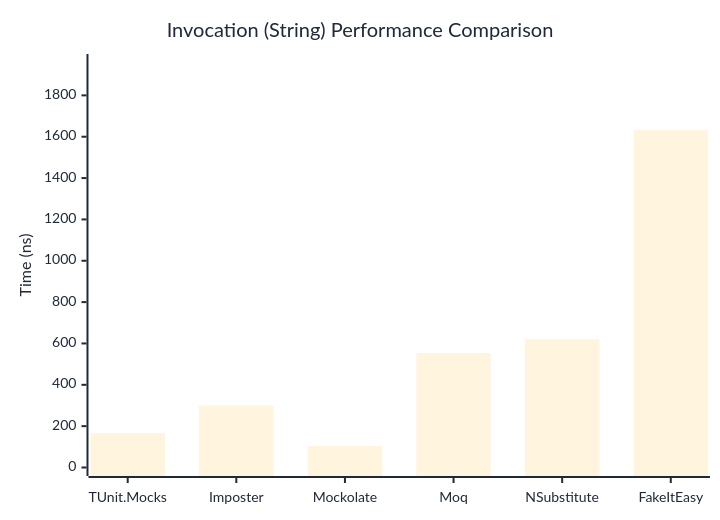
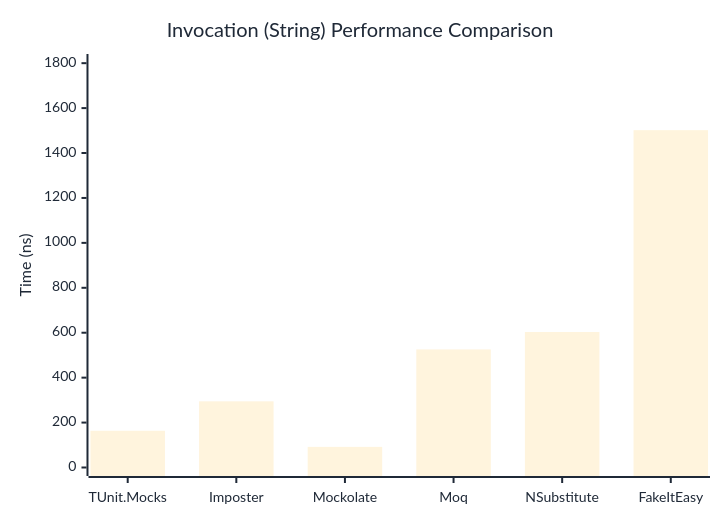
Before and after one commit to thomhurst/TUnit: the second of 3 diagrams in docs/docs/benchmarks/mocks/Invocation.md, drawn with Mermaid. The commit also changed other lines of this file and 14 other files, not shown here.

````diff
--- a/docs/docs/benchmarks/mocks/Invocation.md
+++ b/docs/docs/benchmarks/mocks/Invocation.md
@@ -71,27 +71,27 @@
 ```mermaid
 %%{init: {
   'theme':'base',
   'themeVariables': {
     'primaryColor': '#2563eb',
     'primaryTextColor': '#1f2937',
     'primaryBorderColor': '#1e40af',
     'lineColor': '#6b7280',
     'secondaryColor': '#7c3aed',
     'tertiaryColor': '#dc2626',
     'background': '#ffffff',
     'pie1': '#2563eb',
     'pie2': '#7c3aed',
     'pie3': '#dc2626',
     'pie4': '#f59e0b',
     'pie5': '#10b981',
     'pie6': '#06b6d4',
     'pie7': '#ec4899',
     'pie8': '#6366f1'
   }
 }}%%
 xychart-beta
   title "Invocation (String) Performance Comparison"
   x-axis ["TUnit.Mocks", "Imposter", "Mockolate", "Moq", "NSubstitute", "FakeItEasy"]
-  y-axis "Time (ns)" 0 --> 1959
-  bar [166.3, 299.8, 103.9, 553.1, 620.7, 1632]
+  y-axis "Time (ns)" 0 --> 1803
+  bar [163.54, 294.6, 91.78, 525.73, 603.15, 1501.74]
 ```
````
